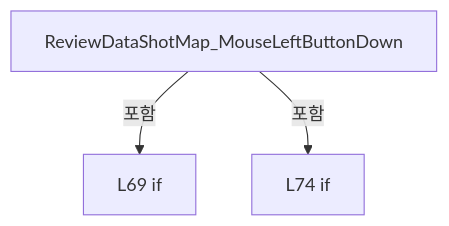
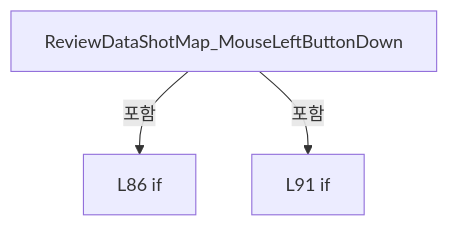
The third of 18 diagrams in A3 LD Code Ref/files/Drilling.UI/Views/CReviewDataView.xaml.cs.md (kjuws10-rgb/Shared), drawn with Mermaid before and after one commit. The commit also changed other lines of this file and 2071 other files, not shown here.

Commit message:
docs(a3): update 11.19.0 architecture and code reference

````diff
--- a/A3 LD Code Ref/files/Drilling.UI/Views/CReviewDataView.xaml.cs.md
+++ b/A3 LD Code Ref/files/Drilling.UI/Views/CReviewDataView.xaml.cs.md
@@ -424,8 +539,8 @@
 ```mermaid
 flowchart TD
  M["ReviewDataShotMap_MouseLeftButtonDown"]
- N0["L69 if"]
+ N0["L86 if"]
  M -->|포함| N0
- N1["L74 if"]
+ N1["L91 if"]
  M -->|포함| N1
 ```
````
